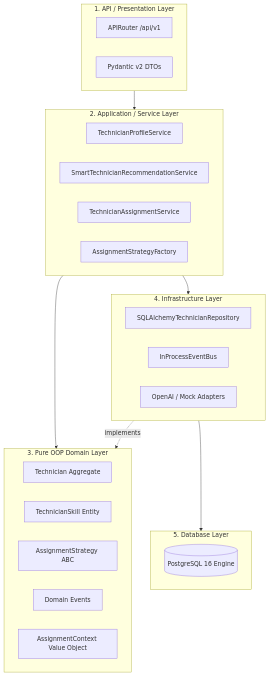
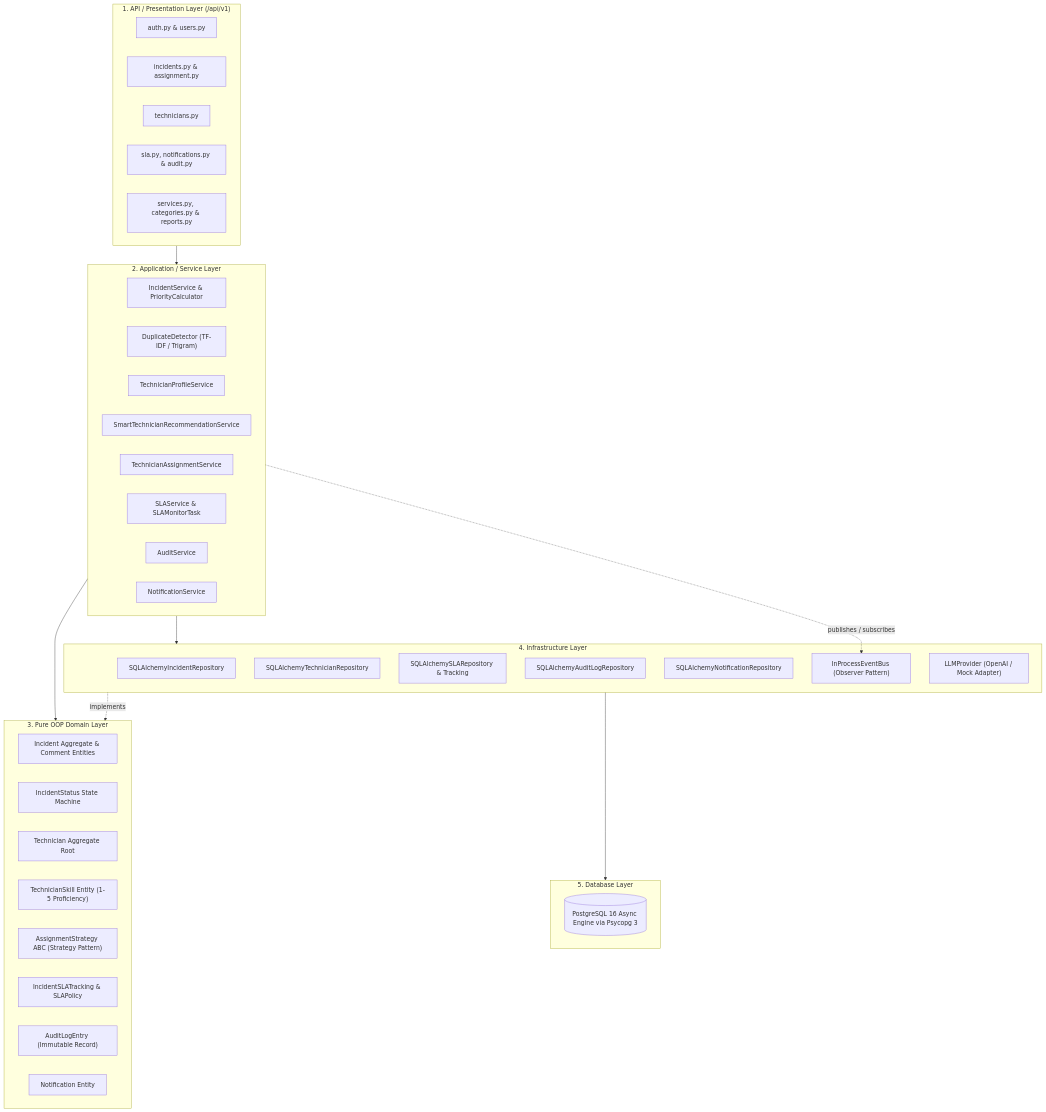
One commit to kj-labs1/I-ITSM changed the first of 2 diagrams in docs/ARCHITECTURE.md. Above: the diagram before and after it, drawn with Mermaid. The commit also changed other lines of this file and 16 other files, not shown here.

````diff
--- a/docs/ARCHITECTURE.md
+++ b/docs/ARCHITECTURE.md
@@ -7,38 +7,53 @@
 ```mermaid
 flowchart TD
-    subgraph Presentation ["1. API / Presentation Layer"]
-        R[APIRouter /api/v1]
-        D[Pydantic v2 DTOs]
+    subgraph Presentation ["1. API / Presentation Layer (/api/v1)"]
+        AUTH_ROUTER["auth.py & users.py"]
+        INC_ROUTER["incidents.py & assignment.py"]
+        TECH_ROUTER["technicians.py"]
+        SLA_ROUTER["sla.py, notifications.py & audit.py"]
+        CAT_ROUTER["services.py, categories.py & reports.py"]
     end
 
     subgraph Application ["2. Application / Service Layer"]
-        TS[TechnicianProfileService]
-        RS[SmartTechnicianRecommendationService]
-        AS[TechnicianAssignmentService]
-        FAC[AssignmentStrategyFactory]
+        INC_SRV["IncidentService & PriorityCalculator"]
+        DUP_SRV["DuplicateDetector (TF-IDF / Trigram)"]
+        TECH_SRV["TechnicianProfileService"]
+        REC_SRV["SmartTechnicianRecommendationService"]
+        ASSIGN_SRV["TechnicianAssignmentService"]
+        SLA_SRV["SLAService & SLAMonitorTask"]
+        AUDIT_SRV["AuditService"]
+        NOTIF_SRV["NotificationService"]
     end
 
     subgraph Domain ["3. Pure OOP Domain Layer"]
-        TECH[Technician Aggregate]
-        SKILL[TechnicianSkill Entity]
-        STRAT[AssignmentStrategy ABC]
-        EVT[Domain Events]
-        CTX[AssignmentContext Value Object]
+        INC_DOM["Incident Aggregate & Comment Entities"]
+        INC_STATE["IncidentStatus State Machine"]
+        TECH_DOM["Technician Aggregate Root"]
+        SKILL_DOM["TechnicianSkill Entity (1-5 Proficiency)"]
+        STRAT_DOM["AssignmentStrategy ABC (Strategy Pattern)"]
+        SLA_DOM["IncidentSLATracking & SLAPolicy"]
+        AUDIT_DOM["AuditLogEntry (Immutable Record)"]
+        NOTIF_DOM["Notification Entity"]
     end
 
     subgraph Infrastructure ["4. Infrastructure Layer"]
-        REPO[SQLAlchemyTechnicianRepository]
-        EB[InProcessEventBus]
-        LLMA[OpenAI / Mock Adapters]
+        REPO_INC["SQLAlchemyIncidentRepository"]
+        REPO_TECH["SQLAlchemyTechnicianRepository"]
+        REPO_SLA["SQLAlchemySLARepository & Tracking"]
+        REPO_AUDIT["SQLAlchemyAuditLogRepository"]
+        REPO_NOTIF["SQLAlchemyNotificationRepository"]
+        EVENT_BUS["InProcessEventBus (Observer Pattern)"]
+        LLM_ADAPT["LLMProvider (OpenAI / Mock Adapter)"]
     end
 
     subgraph Persistence ["5. Database Layer"]
-        PG[(PostgreSQL 16 Engine)]
+        PG[(PostgreSQL 16 Async Engine via Psycopg 3)]
     end
 
     Presentation --> Application
     Application --> Domain
     Application --> Infrastructure
     Infrastructure --> Persistence
     Infrastructure -.implements.-> Domain
+    Application -.publishes / subscribes.-> EVENT_BUS
 ```
````
